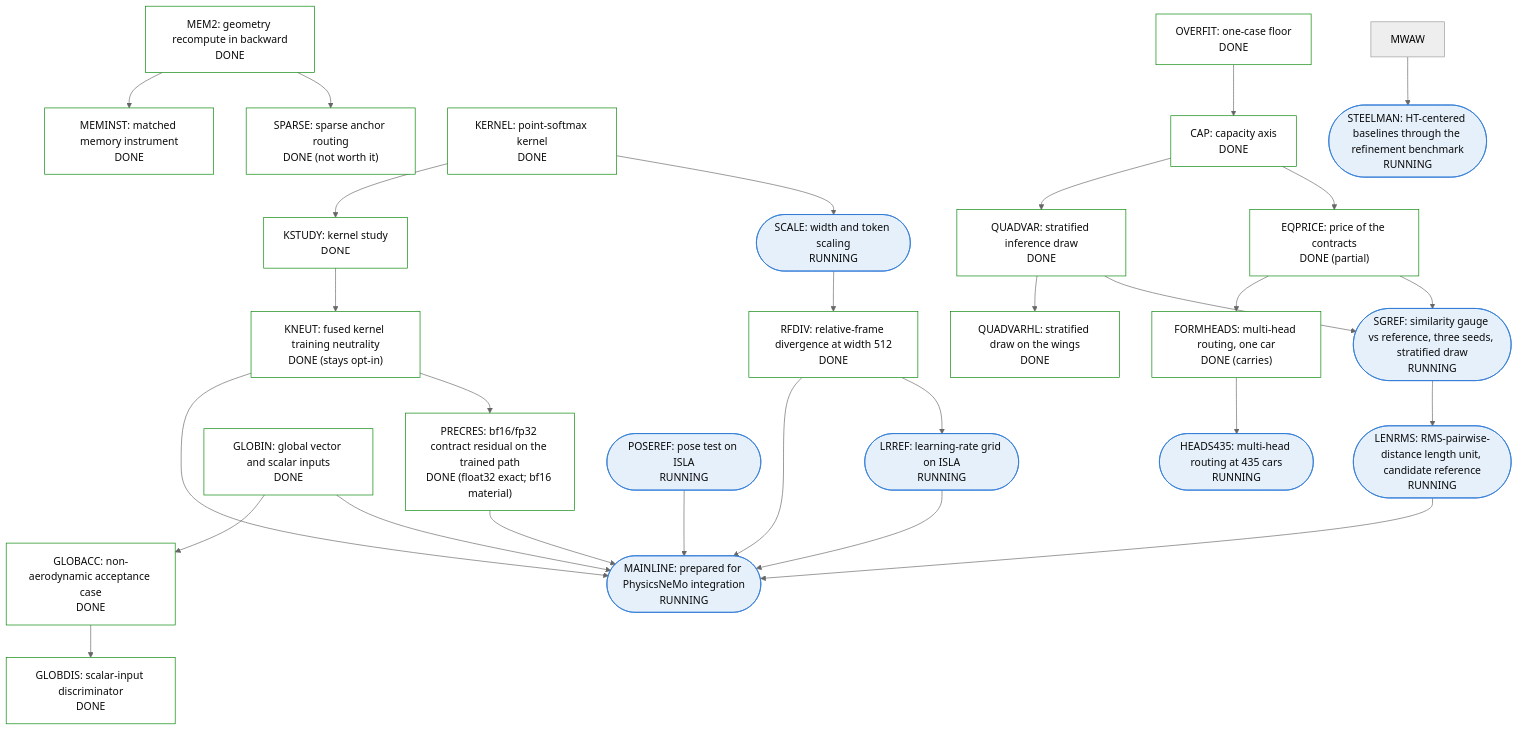
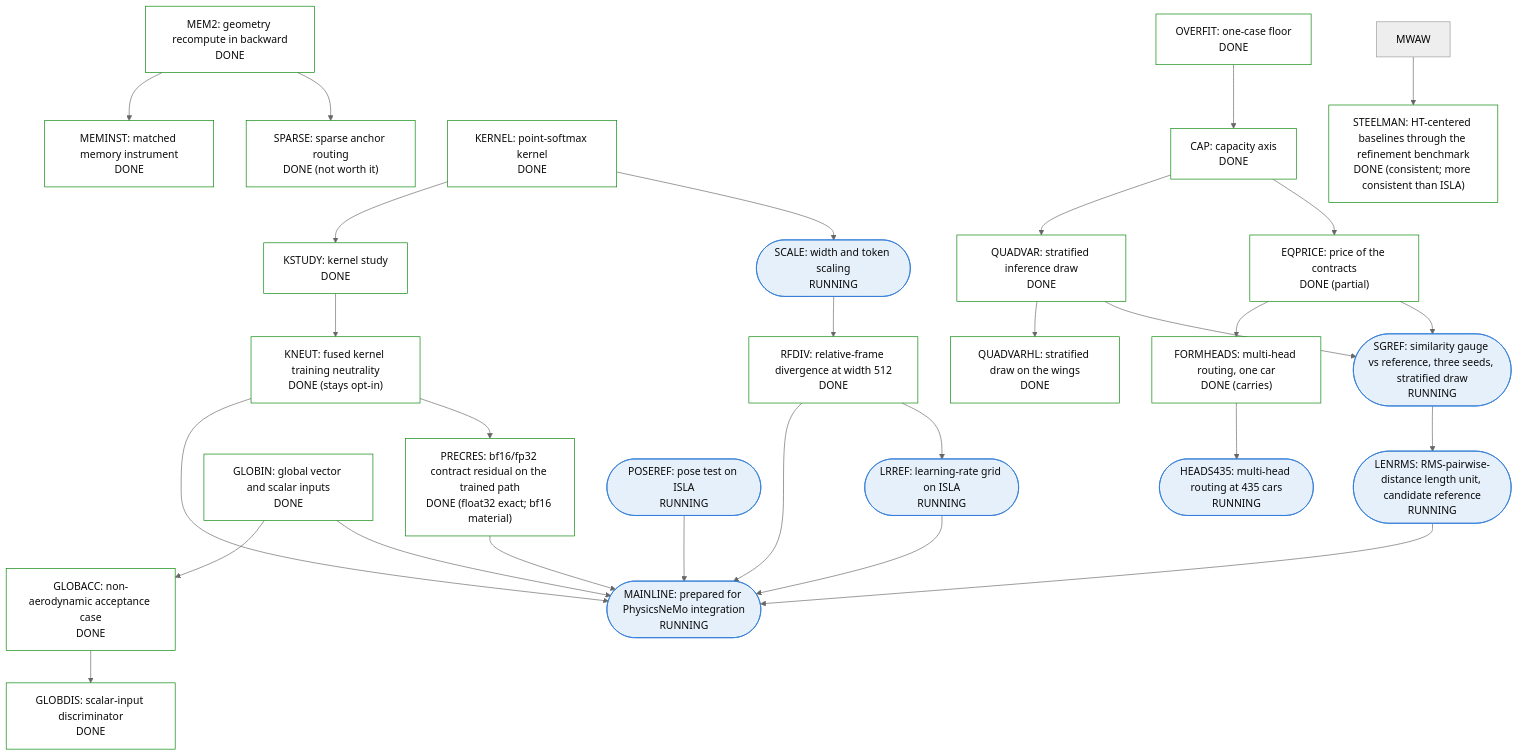
One commit to peterdsharpe/physicsnemo changed the fifth of 5 diagrams in examples/cfd/mesh_transformer/book/13-program-status.qmd. Above: the diagram before and after it, drawn with Mermaid (neutral theme). The commit also changed other lines of this file and 10 other files, not shown here.

````diff
--- a/examples/cfd/mesh_transformer/book/13-program-status.qmd
+++ b/examples/cfd/mesh_transformer/book/13-program-status.qmd
@@ -281,63 +281,63 @@
 ```{mermaid}
 %%| fig-cap: >
 %%|   Sub-tree 5: cost, scale, deficit anatomy and mainline. HEADS435 is the
 %%|   one node RUNNING with a bar that could change the reference
 %%|   configuration; MAINLINE is the productization node.
 flowchart TB
     classDef done fill:#ffffff,stroke:#008300,color:#0b0b0b
     classDef running fill:#e6f0fb,stroke:#2a78d6,color:#0b0b0b
     classDef planned fill:#ffffff,stroke:#898781,color:#0b0b0b,stroke-dasharray:4 3
     classDef stopped fill:#f4f3ee,stroke:#52514e,color:#0b0b0b
     MEM2["MEM2: geometry recompute in backward<br/>DONE"]:::done
     MEMINST["MEMINST: matched memory instrument<br/>DONE"]:::done
     SPARSE["SPARSE: sparse anchor routing<br/>DONE (not worth it)"]:::done
     KERNEL["KERNEL: point-softmax kernel<br/>DONE"]:::done
     KSTUDY["KSTUDY: kernel study<br/>DONE"]:::done
     KNEUT["KNEUT: fused kernel training neutrality<br/>DONE (stays opt-in)"]:::done
     SCALE(["SCALE: width and token scaling<br/>RUNNING"]):::running
     RFDIV["RFDIV: relative-frame divergence at width 512<br/>DONE"]:::done
     OVERFIT["OVERFIT: one-case floor<br/>DONE"]:::done
     CAP["CAP: capacity axis<br/>DONE"]:::done
     QUADVAR["QUADVAR: stratified inference draw<br/>DONE"]:::done
     QUADVARHL["QUADVARHL: stratified draw on the wings<br/>DONE"]:::done
     EQPRICE["EQPRICE: price of the contracts<br/>DONE (partial)"]:::done
     FORMHEADS["FORMHEADS: multi-head routing, one car<br/>DONE (carries)"]:::done
     HEADS435(["HEADS435: multi-head routing at 435 cars<br/>RUNNING"]):::running
     GLOBIN["GLOBIN: global vector and scalar inputs<br/>DONE"]:::done
     GLOBACC["GLOBACC: non-aerodynamic acceptance case<br/>DONE"]:::done
     GLOBDIS["GLOBDIS: scalar-input discriminator<br/>DONE"]:::done
     MAINLINE(["MAINLINE: prepared for PhysicsNeMo integration<br/>RUNNING"]):::running
     PRECRES["PRECRES: bf16/fp32 contract residual on the trained path<br/>DONE (float32 exact; bf16 material)"]:::done
     SGREF(["SGREF: similarity gauge vs reference, three seeds, stratified draw<br/>RUNNING"]):::running
     POSEREF(["POSEREF: pose test on ISLA<br/>RUNNING"]):::running
     LRREF(["LRREF: learning-rate grid on ISLA<br/>RUNNING"]):::running
     LENRMS(["LENRMS: RMS-pairwise-distance length unit, candidate reference<br/>RUNNING"]):::running
-    STEELMAN(["STEELMAN: HT-centered baselines through the refinement benchmark<br/>RUNNING"]):::running
+    STEELMAN["STEELMAN: HT-centered baselines through the refinement benchmark<br/>DONE (consistent; more consistent than ISLA)"]:::done
     MEM2 --> MEMINST
     MEM2 --> SPARSE
     KERNEL --> KSTUDY
     KSTUDY --> KNEUT
     KERNEL --> SCALE
     SCALE --> RFDIV
     OVERFIT --> CAP
     CAP --> QUADVAR
     QUADVAR --> QUADVARHL
     CAP --> EQPRICE
     EQPRICE --> FORMHEADS
     FORMHEADS --> HEADS435
     GLOBIN --> GLOBACC
     GLOBACC --> GLOBDIS
     GLOBIN --> MAINLINE
     RFDIV --> MAINLINE
     KNEUT --> MAINLINE
     KNEUT --> PRECRES
     PRECRES --> MAINLINE
     QUADVAR --> SGREF
     EQPRICE --> SGREF
     RFDIV --> LRREF
     POSEREF --> MAINLINE
     LRREF --> MAINLINE
     SGREF --> LENRMS
     LENRMS --> MAINLINE
     MWAW --> STEELMAN
 ```
````
